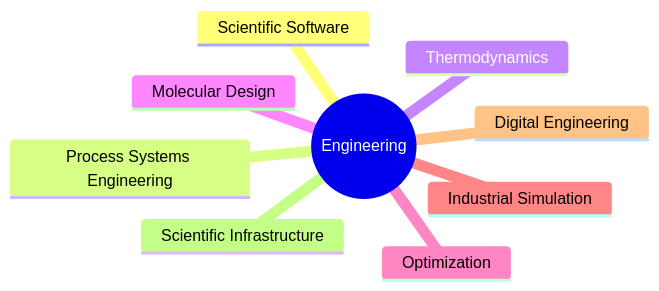
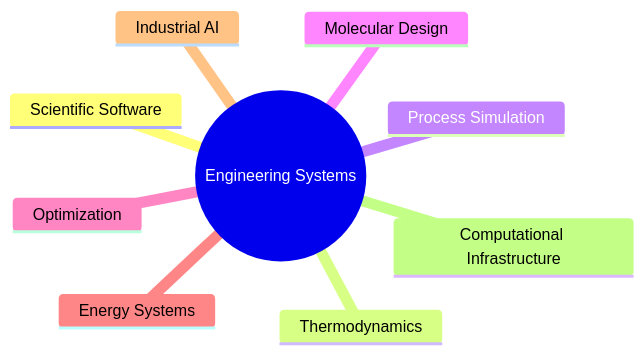
One commit to varoag/varoag changed the third of 3 diagrams in README.md. Above: the diagram before and after it, drawn with Mermaid. The commit also changed other lines of this file, not shown here.

````diff
--- a/README.md
+++ b/README.md
@@ -119,12 +166,12 @@
 ```mermaid
 mindmap
-  root((Engineering))
+  root((Engineering Systems))
     Scientific Software
-    Process Systems Engineering
     Thermodynamics
+    Process Simulation
     Molecular Design
     Optimization
-    Industrial Simulation
-    Digital Engineering
-    Scientific Infrastructure
+    Energy Systems
+    Industrial AI
+    Computational Infrastructure
 ```
````
